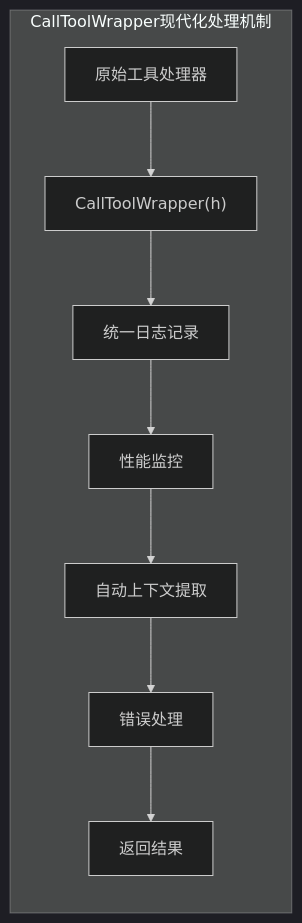
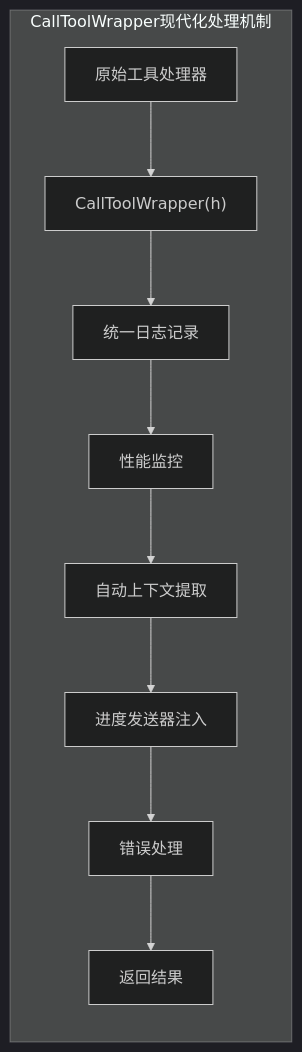
One commit to maomao94/zero-service changed diagram 11 of 18 in .qoder/repowiki/zh/content/AI应用模块/MCP服务器.md. Above: the diagram before and after it, drawn with Mermaid (dark theme). The commit also changed other lines of this file and 42 other files, not shown here.

````diff
--- a/.qoder/repowiki/zh/content/AI应用模块/MCP服务器.md
+++ b/.qoder/repowiki/zh/content/AI应用模块/MCP服务器.md
@@ -496,11 +597,12 @@
 ```mermaid
 graph LR
 subgraph "CallToolWrapper现代化处理机制"
 A["原始工具处理器"] --> B["CallToolWrapper(h)"]
 B --> C["统一日志记录"]
 C --> D["性能监控"]
 D --> E["自动上下文提取"]
-E --> F["错误处理"]
-F --> G["返回结果"]
+E --> F["进度发送器注入"]
+F --> G["错误处理"]
+G --> H["返回结果"]
 end
 ```
````
